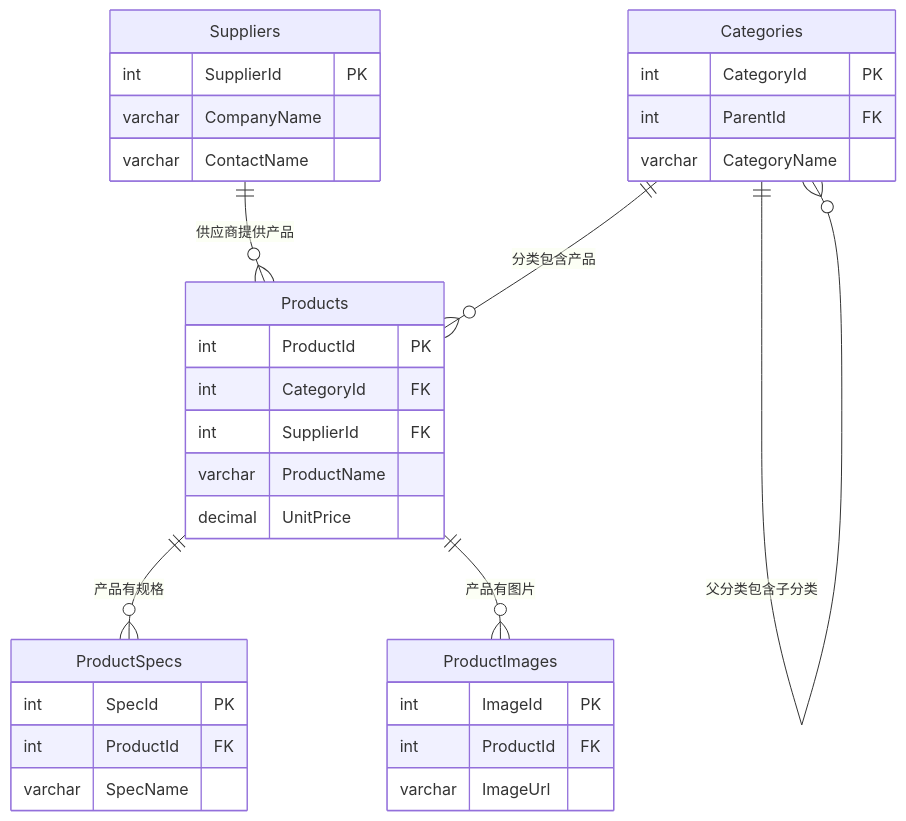
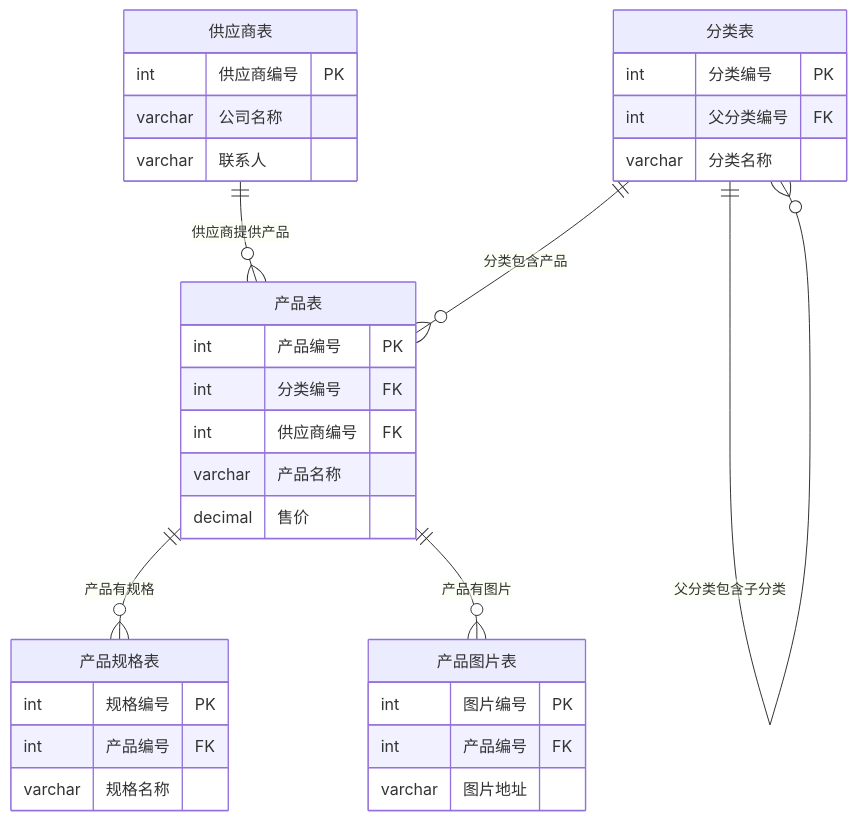
Before and after one commit to yangboyuth/effective-palm-tree: the second of 8 diagrams in KCGL_ER.md, drawn with Mermaid. The commit also changed other lines of this file, not shown here.

````diff
--- a/KCGL_ER.md
+++ b/KCGL_ER.md
@@ -39,36 +39,36 @@
 ```mermaid
 erDiagram
-    Categories ||--o{ Products : "分类包含产品"
-    Suppliers ||--o{ Products : "供应商提供产品"
-    Products ||--o{ ProductSpecs : "产品有规格"
-    Products ||--o{ ProductImages : "产品有图片"
-    Categories ||--o{ Categories : "父分类包含子分类"
+    "分类表" ||--o{ "产品表" : "分类包含产品"
+    "供应商表" ||--o{ "产品表" : "供应商提供产品"
+    "产品表" ||--o{ "产品规格表" : "产品有规格"
+    "产品表" ||--o{ "产品图片表" : "产品有图片"
+    "分类表" ||--o{ "分类表" : "父分类包含子分类"
 
-    Categories {
-        int CategoryId PK
-        int ParentId FK
-        varchar CategoryName
+    "分类表" {
+        int 分类编号 PK
+        int 父分类编号 FK
+        varchar 分类名称
     }
-    Suppliers {
-        int SupplierId PK
-        varchar CompanyName
-        varchar ContactName
+    "供应商表" {
+        int 供应商编号 PK
+        varchar 公司名称
+        varchar 联系人
     }
-    Products {
-        int ProductId PK
-        int CategoryId FK
-        int SupplierId FK
-        varchar ProductName
-        decimal UnitPrice
+    "产品表" {
+        int 产品编号 PK
+        int 分类编号 FK
+        int 供应商编号 FK
+        varchar 产品名称
+        decimal 售价
     }
-    ProductSpecs {
-        int SpecId PK
-        int ProductId FK
-        varchar SpecName
+    "产品规格表" {
+        int 规格编号 PK
+        int 产品编号 FK
+        varchar 规格名称
     }
-    ProductImages {
-        int ImageId PK
-        int ProductId FK
-        varchar ImageUrl
+    "产品图片表" {
+        int 图片编号 PK
+        int 产品编号 FK
+        varchar 图片地址
     }
 ```
````
